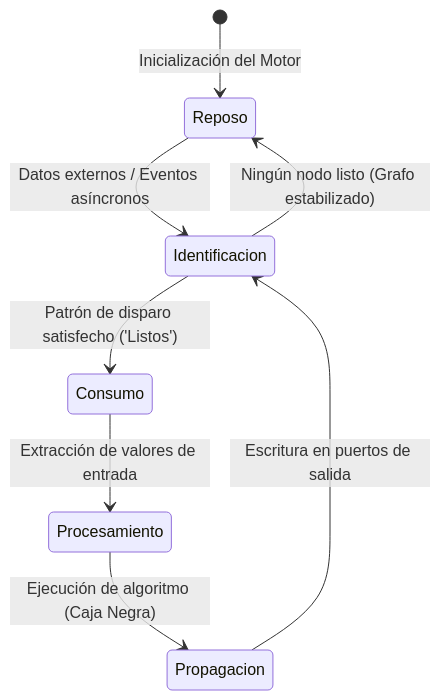
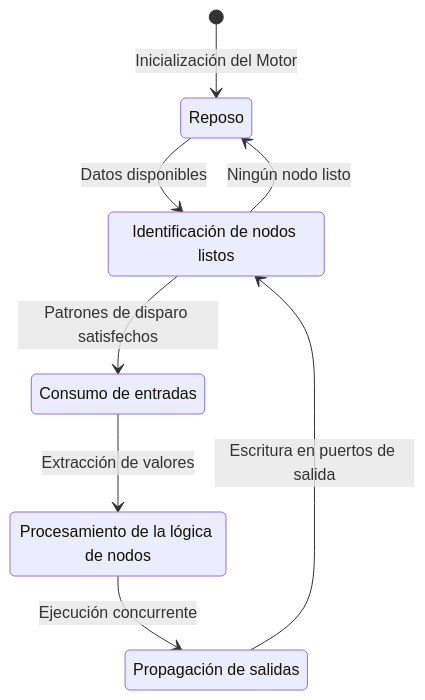
One commit to gabrielmj23/informe-trabajo-de-grado changed the second of 2 diagrams in cosas/proceso-compilacion-evaluacion.md. Above: the diagram before and after it, drawn with Mermaid. The commit also changed 3 other files, not shown here.

````diff
--- a/cosas/proceso-compilacion-evaluacion.md
+++ b/cosas/proceso-compilacion-evaluacion.md
@@ -59,10 +59,21 @@
 ```mermaid
 stateDiagram-v2
-    [*] --> Reposo : Inicialización del Motor
-    Reposo --> Identificacion : Datos externos / Eventos asíncronos
-    Identificacion --> Consumo : Patrón de disparo satisfecho ('Listos')
-    Consumo --> Procesamiento : Extracción de valores de entrada
-    Procesamiento --> Propagacion : Ejecución de algoritmo (Caja Negra)
-    Propagacion --> Identificacion : Escritura en puertos de salida
-    Identificacion --> Reposo : Ningún nodo listo (Grafo estabilizado)
+    state "Reposo" as RP
+    state "Identificación de nodos listos" as ID
+    state "Consumo de entradas" as CI
+    state "Procesamiento de la lógica de nodos" as PN
+    state "Propagación de salidas" as PS
+
+    [*] --> RP : Inicialización del Motor
+    
+    RP --> ID : Datos disponibles
+    
+    ID --> CI : Patrones de disparo satisfechos
+    ID --> RP : Ningún nodo listo
+    
+    CI --> PN : Extracción de valores
+    
+    PN --> PS : Ejecución concurrente
+    
+    PS --> ID : Escritura en puertos de salida
 ```
````
